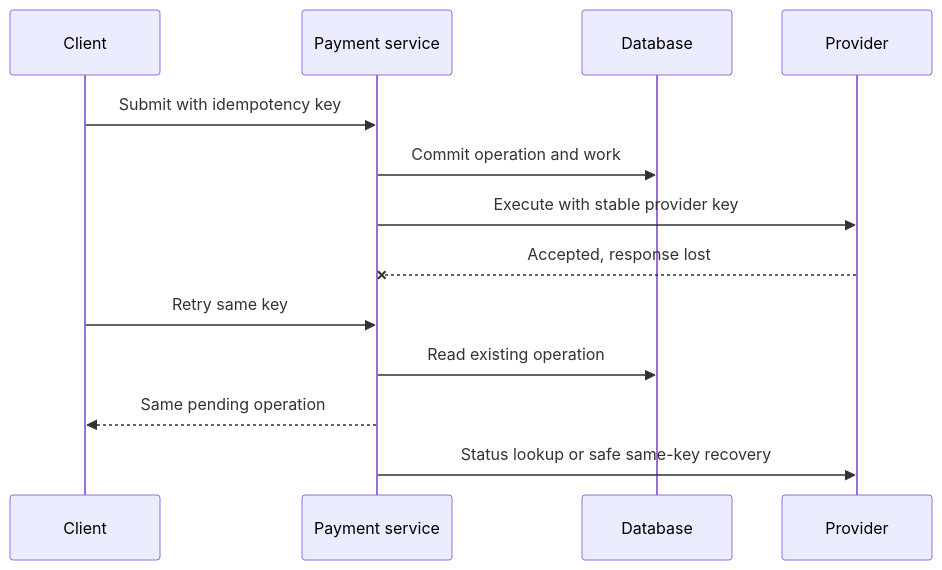
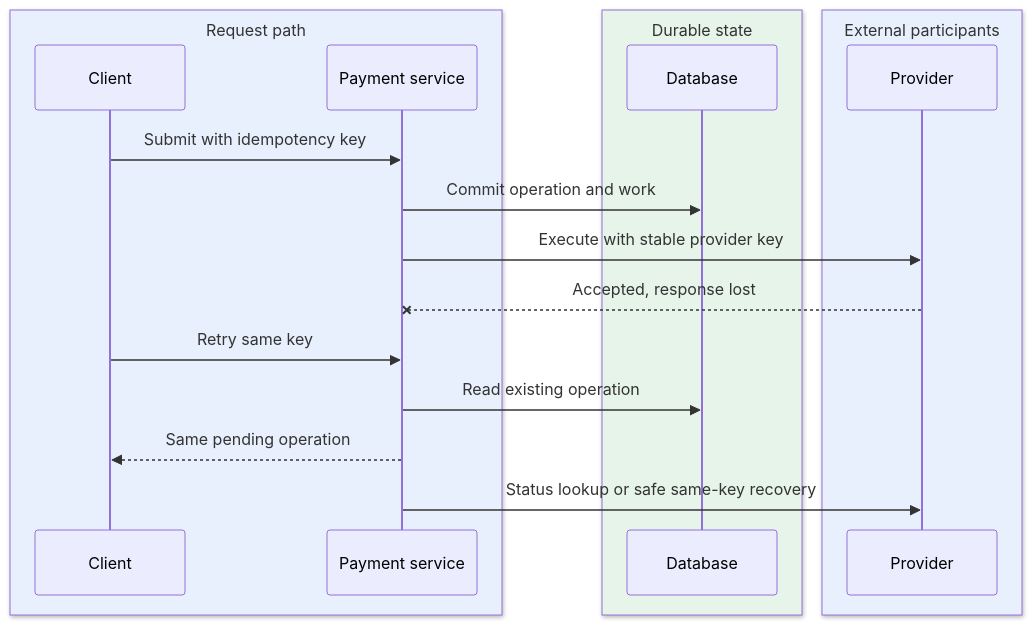
The fourth of 6 diagrams in _designs/system-design-payment-system.md (iliazlobin/iliazlobin.github.io), drawn with Mermaid before and after one commit. The commit also changed other lines of this file and 131 other files, not shown here.

````diff
--- a/_designs/system-design-payment-system.md
+++ b/_designs/system-design-payment-system.md
@@ -223,15 +288,21 @@
 ```mermaid
 sequenceDiagram
-    participant C as Client
-    participant P as Payment service
-    participant D as Database
-    participant X as Provider
+  box rgb(232,240,254) Request path
+  participant C as Client
+  participant P as Payment service
+  end
+  box rgb(230,244,234) Durable state
+  participant D as Database
+  end
+  box rgb(232,240,254) External participants
+  participant X as Provider
+  end
     C->>P: Submit with idempotency key
     P->>D: Commit operation and work
     P->>X: Execute with stable provider key
     X--xP: Accepted, response lost
     C->>P: Retry same key
     P->>D: Read existing operation
     P-->>C: Same pending operation
     P->>X: Status lookup or safe same-key recovery
 ```
````
